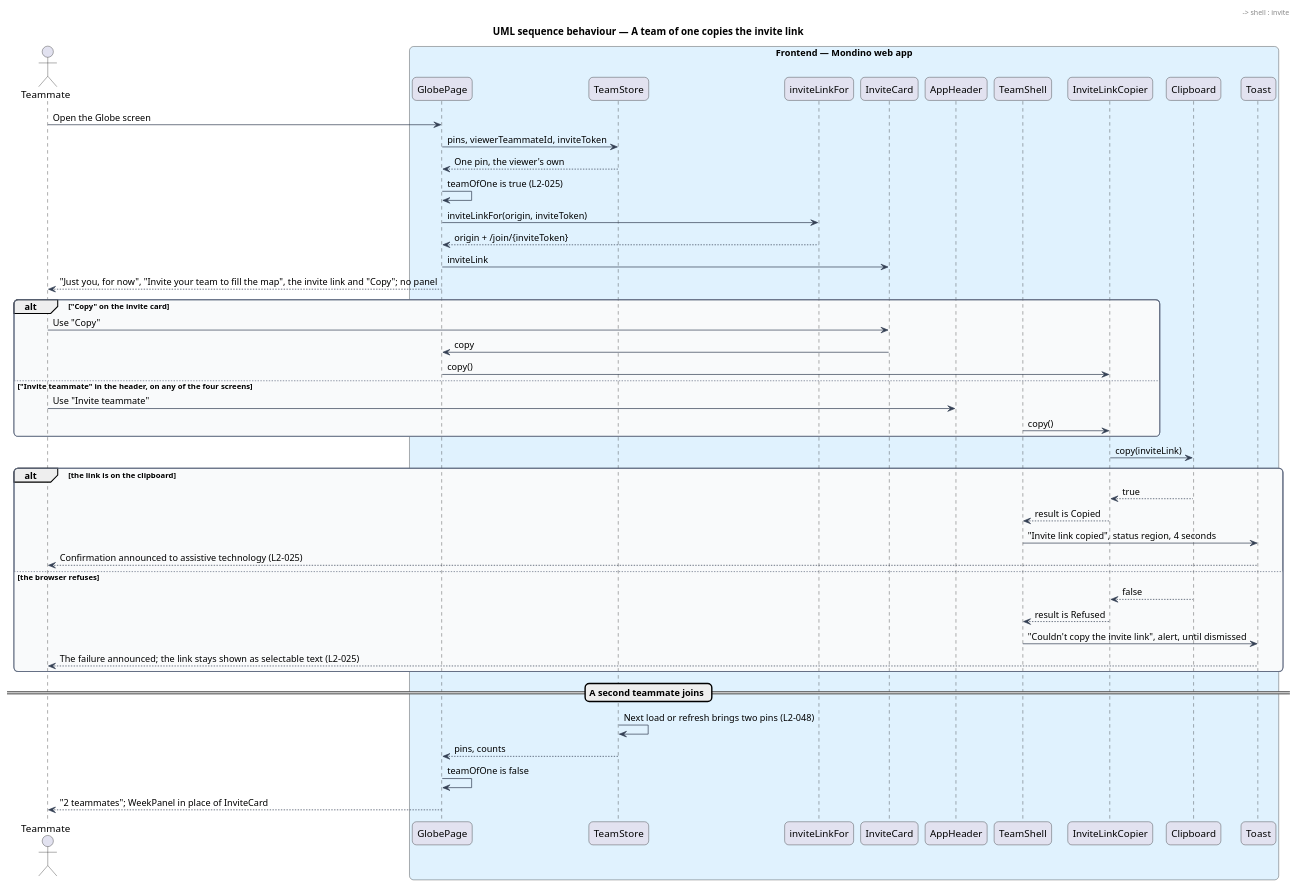
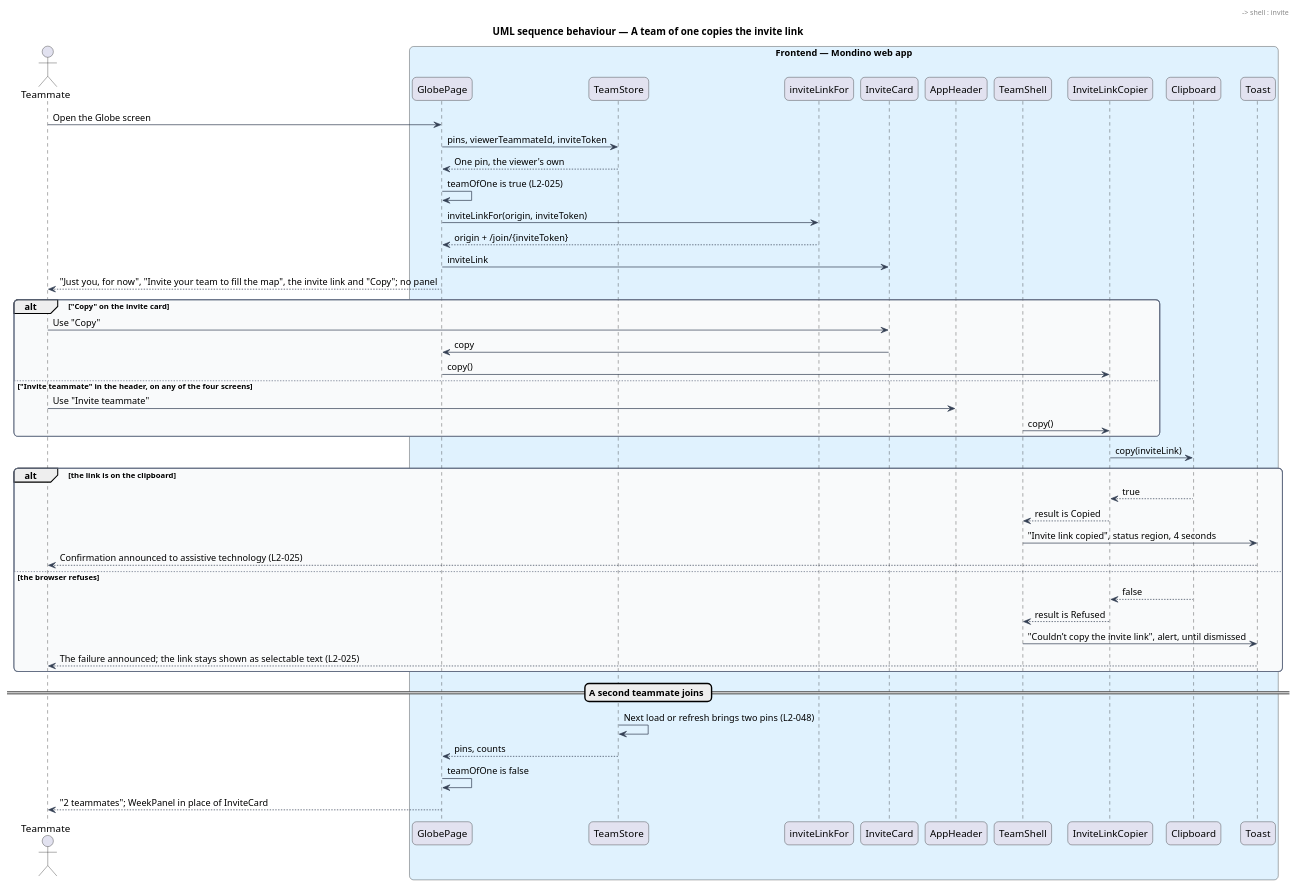
Before and after one commit to QuinntyneBrown/Mondino: the diagram in docs/detailed-designs/team/view-week-around-the-world/diagrams/sequence-copy-invite-link.puml, drawn with PlantUML. The commit also changed 23 other files, not shown here.

```diff
--- a/docs/detailed-designs/team/view-week-around-the-world/diagrams/sequence-copy-invite-link.puml
+++ b/docs/detailed-designs/team/view-week-around-the-world/diagrams/sequence-copy-invite-link.puml
@@ -1,63 +1,63 @@
 @startuml
 title UML sequence behaviour — A team of one copies the invite link
 skinparam backgroundColor #FFFFFF
 skinparam shadowing false
 skinparam roundcorner 12
 skinparam defaultFontName Arial
 skinparam ArrowColor #344054
 skinparam rectangle {
   BorderColor #344054
   FontColor #101828
 }
 skinparam package {
   BorderColor #667085
   FontColor #101828
   BackgroundColor #F9FAFB
 }
 actor "Teammate" as actor
 box "Frontend — Mondino web app" #E0F2FE
   participant "GlobePage" as page
   participant "TeamStore" as store
   participant "inviteLinkFor" as fn
   participant "InviteCard" as card
   participant "AppHeader" as header
   participant "TeamShell" as shell
   participant "InviteLinkCopier" as copier
   participant "Clipboard" as clip
   participant "Toast" as toast
 end box
 actor -> page : Open the Globe screen
 page -> store : pins, viewerTeammateId, inviteToken
 store --> page : One pin, the viewer's own
 page -> page : teamOfOne is true (L2-025)
 page -> fn : inviteLinkFor(origin, inviteToken)
 fn --> page : origin + /join/{inviteToken}
 page -> card : inviteLink
 page --> actor : "Just you, for now", "Invite your team to fill the map", the invite link and "Copy"; no panel
 alt "Copy" on the invite card
   actor -> card : Use "Copy"
   card -> page : copy
   page -> copier : copy()
 else "Invite teammate" in the header, on any of the four screens
   actor -> header : Use "Invite teammate"
   header -> shell : invite
   shell -> copier : copy()
 end
 copier -> clip : copy(inviteLink)
 alt the link is on the clipboard
   clip --> copier : true
   copier --> shell : result is Copied
   shell -> toast : "Invite link copied", status region, 4 seconds
   toast --> actor : Confirmation announced to assistive technology (L2-025)
 else the browser refuses
   clip --> copier : false
   copier --> shell : result is Refused
-  shell -> toast : "Couldn't copy the invite link", alert, until dismissed
+  shell -> toast : "Couldn’t copy the invite link", alert, until dismissed
   toast --> actor : The failure announced; the link stays shown as selectable text (L2-025)
 end
 == A second teammate joins ==
 store -> store : Next load or refresh brings two pins (L2-048)
 store --> page : pins, counts
 page -> page : teamOfOne is false
 page --> actor : "2 teammates"; WeekPanel in place of InviteCard
 @enduml
```
